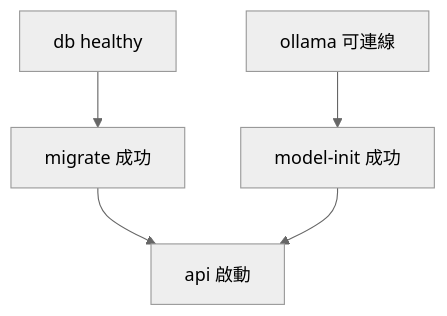
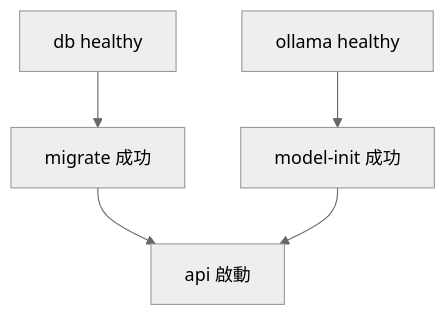
The first of 2 diagrams in README-zhtw.md (Luciano0322/incident-agent-runtime), drawn with Mermaid (neutral theme) before and after one commit. The commit also changed other lines of this file and 4 other files, not shown here.

````diff
--- a/README-zhtw.md
+++ b/README-zhtw.md
@@ -56,7 +60,7 @@
 ```mermaid
 flowchart TD
     DB["db healthy"] --> M["migrate 成功"]
-    O["ollama 可連線"] --> P["model-init 成功"]
+    O["ollama healthy"] --> P["model-init 成功"]
     M --> A["api 啟動"]
     P --> A
 ```
````
